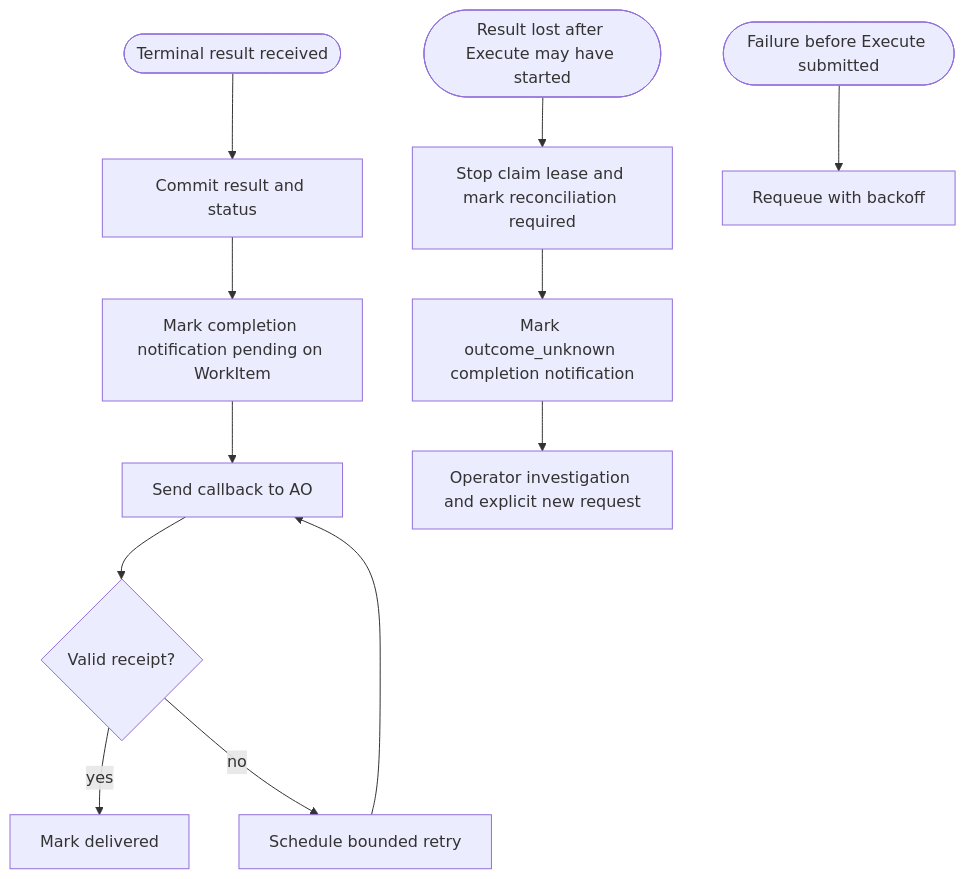
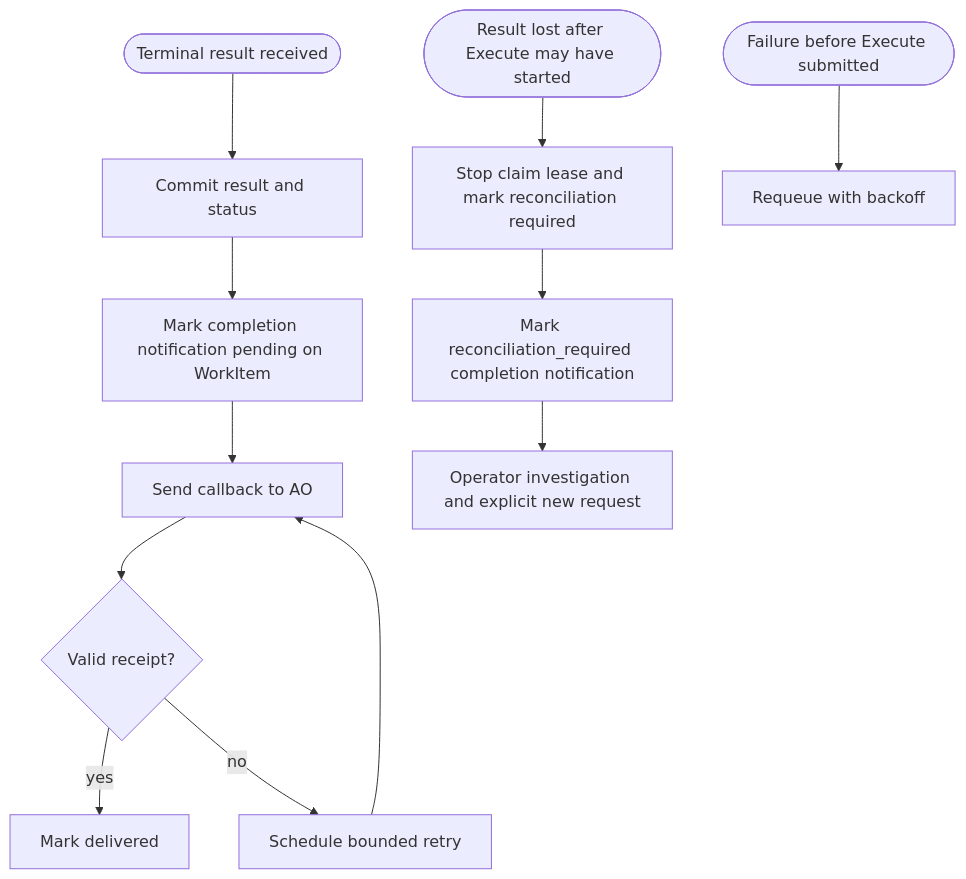
Before and after one commit to syntara-orchestration/syntara-execution-plane: the sixth of 10 diagrams in docs/architecture.md, drawn with Mermaid. The commit also changed 7 other files, not shown here.

````diff
--- a/docs/architecture.md
+++ b/docs/architecture.md
@@ -221,15 +221,15 @@
 ```mermaid
 flowchart TB
     Start([Terminal result received]) --> Persist[Commit result and status]
     Persist --> Notification[Mark completion notification pending on WorkItem]
     Notification --> Send[Send callback to AO]
     Send --> Receipt{Valid receipt?}
     Receipt -- yes --> Delivered[Mark delivered]
     Receipt -- no --> Retry[Schedule bounded retry]
     Retry --> Send
 
     Ambiguous([Result lost after Execute may have started]) --> Fence[Stop claim lease and mark reconciliation required]
-    Fence --> UnknownNotification[Mark outcome_unknown completion notification]
+    Fence --> UnknownNotification[Mark reconciliation_required completion notification]
     UnknownNotification --> Investigate[Operator investigation and explicit new request]
     PreExecute([Failure before Execute submitted]) --> Requeue[Requeue with backoff]
 ```
````
